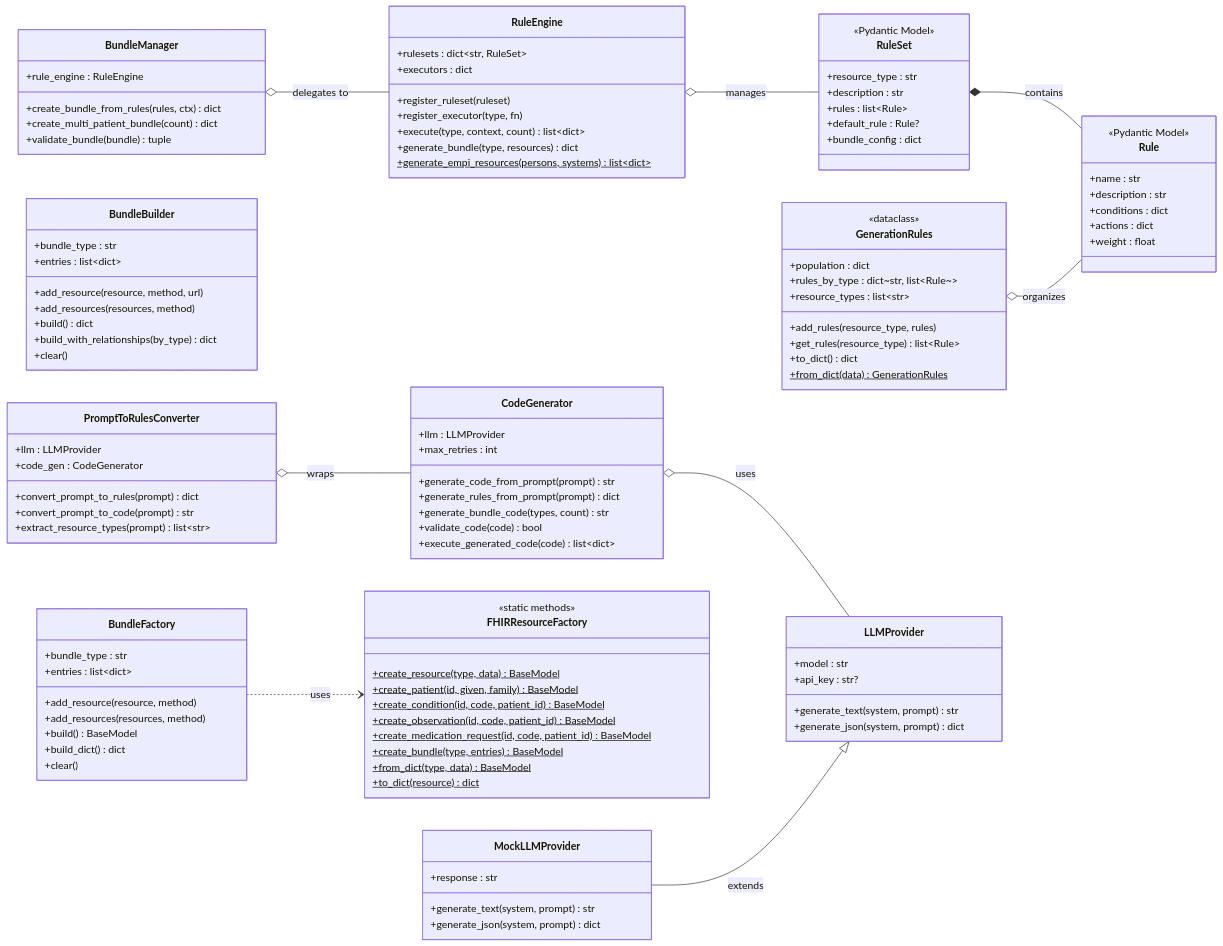
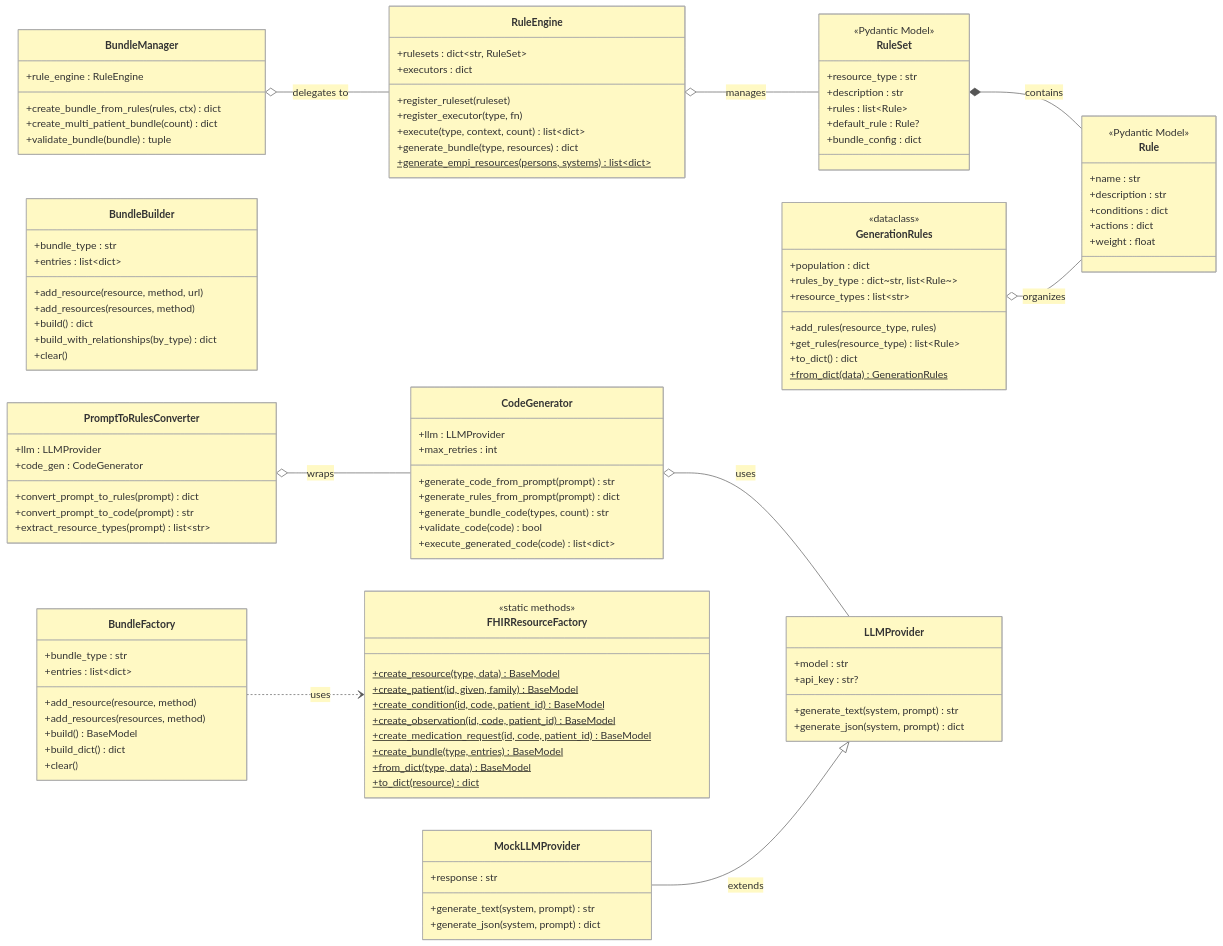
One commit to alvinhenrick/fhir-synth changed the fifth of 10 diagrams in ARCHITECTURE.md. Above: the diagram before and after it, drawn with Mermaid. The commit also changed other lines of this file, not shown here.

Commit message:
refactor architecture documentation; enhance clarity and update visual elements for better understanding

````diff
--- a/ARCHITECTURE.md
+++ b/ARCHITECTURE.md
@@ -156,6 +198,8 @@
 ```mermaid
+%%{init: {'theme': 'base', 'themeVariables': {'primaryColor': '#fff9c4', 'primaryTextColor': '#333', 'primaryBorderColor': '#aaa', 'lineColor': '#555', 'fontFamily': 'Comic Sans MS, cursive, sans-serif', 'classText': '#333'}}}%%
 classDiagram
     direction LR
+
     class Rule {
         <<Pydantic Model>>
         +name : str
@@ -164,6 +208,7 @@
         +actions : dict
         +weight : float
     }
+
     class RuleSet {
         <<Pydantic Model>>
         +resource_type : str
@@ -172,6 +217,7 @@
         +default_rule : Rule?
         +bundle_config : dict
     }
+
     class GenerationRules {
         <<dataclass>>
         +population : dict
@@ -182,6 +228,7 @@
         +to_dict() dict
         +from_dict(data)$ GenerationRules
     }
+
     class RuleEngine {
         +rulesets : dict~str, RuleSet~
         +executors : dict
@@ -191,6 +238,7 @@
         +generate_bundle(type, resources) dict
         +generate_empi_resources(persons, systems)$ list~dict~
     }
+
     class CodeGenerator {
         +llm : LLMProvider
         +max_retries : int
@@ -200,6 +248,7 @@
         +validate_code(code) bool
         +execute_generated_code(code) list~dict~
     }
+
     class PromptToRulesConverter {
         +llm : LLMProvider
         +code_gen : CodeGenerator
@@ -207,6 +256,7 @@
         +convert_prompt_to_code(prompt) str
         +extract_resource_types(prompt) list~str~
     }
+
     class BundleBuilder {
         +bundle_type : str
         +entries : list~dict~
@@ -216,12 +266,14 @@
         +build_with_relationships(by_type) dict
         +clear()
     }
+
     class BundleManager {
         +rule_engine : RuleEngine
         +create_bundle_from_rules(rules, ctx) dict
         +create_multi_patient_bundle(count) dict
         +validate_bundle(bundle) tuple
     }
+
     class FHIRResourceFactory {
         <<static methods>>
         +create_resource(type, data)$ BaseModel
@@ -233,6 +285,7 @@
         +from_dict(type, data)$ BaseModel
         +to_dict(resource)$ dict
     }
+
     class BundleFactory {
         +bundle_type : str
         +entries : list~dict~
@@ -242,17 +295,20 @@
         +build_dict() dict
         +clear()
     }
+
     class LLMProvider {
         +model : str
         +api_key : str?
         +generate_text(system, prompt) str
         +generate_json(system, prompt) dict
     }
+
     class MockLLMProvider {
         +response : str
         +generate_text(system, prompt) str
         +generate_json(system, prompt) dict
     }
+
     RuleSet *-- Rule : contains
     RuleEngine o-- RuleSet : manages
     GenerationRules o-- Rule : organizes
````
